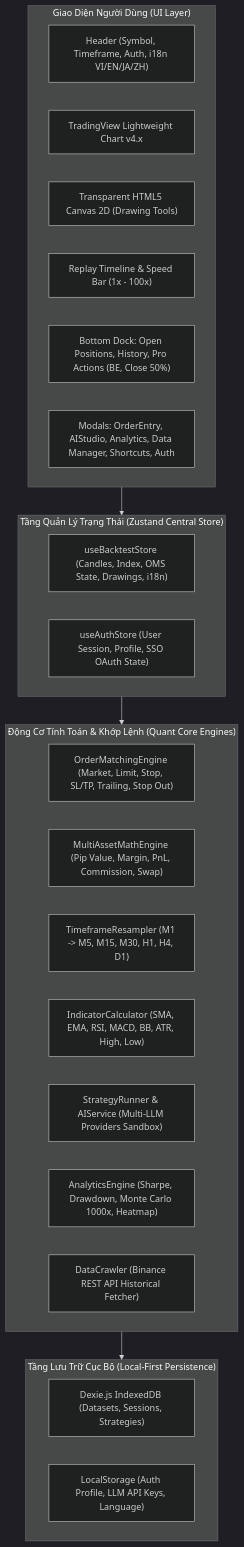
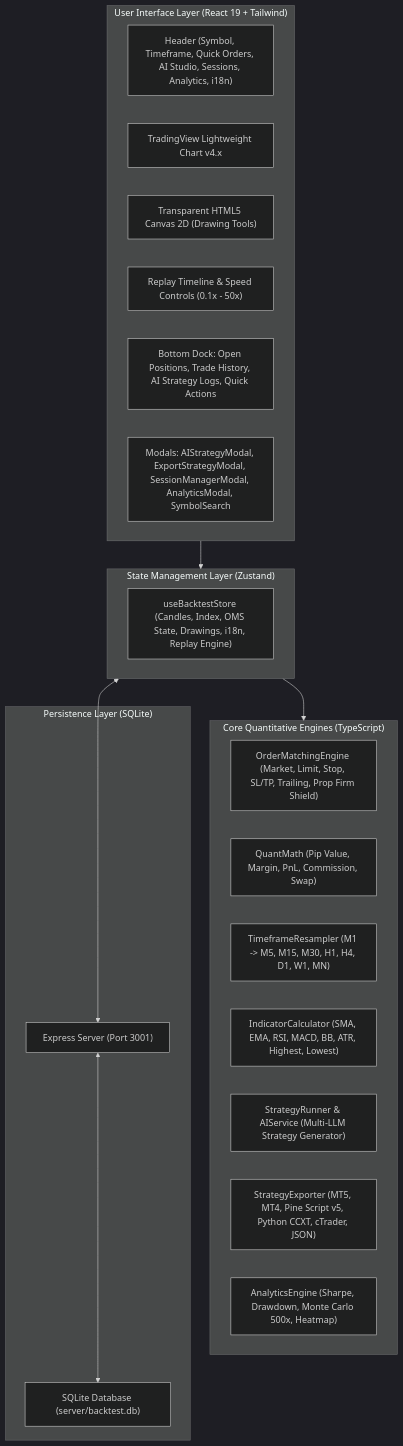
Before and after one commit to thieucong98/quant-backtest-pro: the diagram in docs/ARCHITECTURE.md, drawn with Mermaid (dark theme). The commit also changed other lines of this file and 17 other files, not shown here.

````diff
--- a/docs/ARCHITECTURE.md
+++ b/docs/ARCHITECTURE.md
@@ -27,35 +28,35 @@
 ```mermaid
 graph TB
-    subgraph UI_LAYER["Giao Diện Người Dùng (UI Layer)"]
-        Header["Header (Symbol, Timeframe, Auth, i18n VI/EN/JA/ZH)"]
+    subgraph UI_LAYER["User Interface Layer (React 19 + Tailwind)"]
+        Header["Header (Symbol, Timeframe, Quick Orders, AI Studio, Sessions, Analytics, i18n)"]
         Chart["TradingView Lightweight Chart v4.x"]
         CanvasOverlay["Transparent HTML5 Canvas 2D (Drawing Tools)"]
-        ReplayBar["Replay Timeline & Speed Bar (1x - 100x)"]
-        PositionsTable["Bottom Dock: Open Positions, History, Pro Actions (BE, Close 50%)"]
-        Modals["Modals: OrderEntry, AIStudio, Analytics, Data Manager, Shortcuts, Auth"]
+        ReplayBar["Replay Timeline & Speed Controls (0.1x - 50x)"]
+        PositionsTable["Bottom Dock: Open Positions, Trade History, AI Strategy Logs, Quick Actions"]
+        Modals["Modals: AIStrategyModal, ExportStrategyModal, SessionManagerModal, AnalyticsModal, SymbolSearch"]
     end
 
-    subgraph STATE_LAYER["Tầng Quản Lý Trạng Thái (Zustand Central Store)"]
-        BacktestStore["useBacktestStore (Candles, Index, OMS State, Drawings, i18n)"]
-        AuthStore["useAuthStore (User Session, Profile, SSO OAuth State)"]
+    subgraph STATE_LAYER["State Management Layer (Zustand)"]
+        BacktestStore["useBacktestStore (Candles, Index, OMS State, Drawings, i18n, Replay Engine)"]
     end
 
-    subgraph ENGINE_LAYER["Động Cơ Tính Toán & Khớp Lệnh (Quant Core Engines)"]
-        MatchingEngine["OrderMatchingEngine (Market, Limit, Stop, SL/TP, Trailing, Stop Out)"]
-        QuantMath["MultiAssetMathEngine (Pip Value, Margin, PnL, Commission, Swap)"]
-        Resampler["TimeframeResampler (M1 -> M5, M15, M30, H1, H4, D1)"]
-        IndicatorEngine["IndicatorCalculator (SMA, EMA, RSI, MACD, BB, ATR, High, Low)"]
-        AISandbox["StrategyRunner & AIService (Multi-LLM Providers Sandbox)"]
-        AnalyticsEngine["AnalyticsEngine (Sharpe, Drawdown, Monte Carlo 1000x, Heatmap)"]
-        CrawlerEngine["DataCrawler (Binance REST API Historical Fetcher)"]
+    subgraph ENGINE_LAYER["Core Quantitative Engines (TypeScript)"]
+        MatchingEngine["OrderMatchingEngine (Market, Limit, Stop, SL/TP, Trailing, Prop Firm Shield)"]
+        QuantMath["QuantMath (Pip Value, Margin, PnL, Commission, Swap)"]
+        Resampler["TimeframeResampler (M1 -> M5, M15, M30, H1, H4, D1, W1, MN)"]
+        IndicatorEngine["IndicatorCalculator (SMA, EMA, RSI, MACD, BB, ATR, Highest, Lowest)"]
+        AISandbox["StrategyRunner & AIService (Multi-LLM Strategy Generator)"]
+        ExporterEngine["StrategyExporter (MT5, MT4, Pine Script v5, Python CCXT, cTrader, JSON)"]
+        AnalyticsEngine["AnalyticsEngine (Sharpe, Drawdown, Monte Carlo 500x, Heatmap)"]
     end
 
-    subgraph PERSISTENCE_LAYER["Tầng Lưu Trữ Cục Bộ (Local-First Persistence)"]
-        DexieDB["Dexie.js IndexedDB (Datasets, Sessions, Strategies)"]
-        LocalStorage["LocalStorage (Auth Profile, LLM API Keys, Language)"]
+    subgraph STORAGE_LAYER["Persistence Layer (SQLite)"]
+        BackendServer["Express Server (Port 3001)"]
+        SQLiteDB["SQLite Database (server/backtest.db)"]
     end
 
     UI_LAYER --> STATE_LAYER
     STATE_LAYER --> ENGINE_LAYER
-    ENGINE_LAYER --> PERSISTENCE_LAYER
+    STATE_LAYER <--> BackendServer
+    BackendServer <--> SQLiteDB
 ```
````
